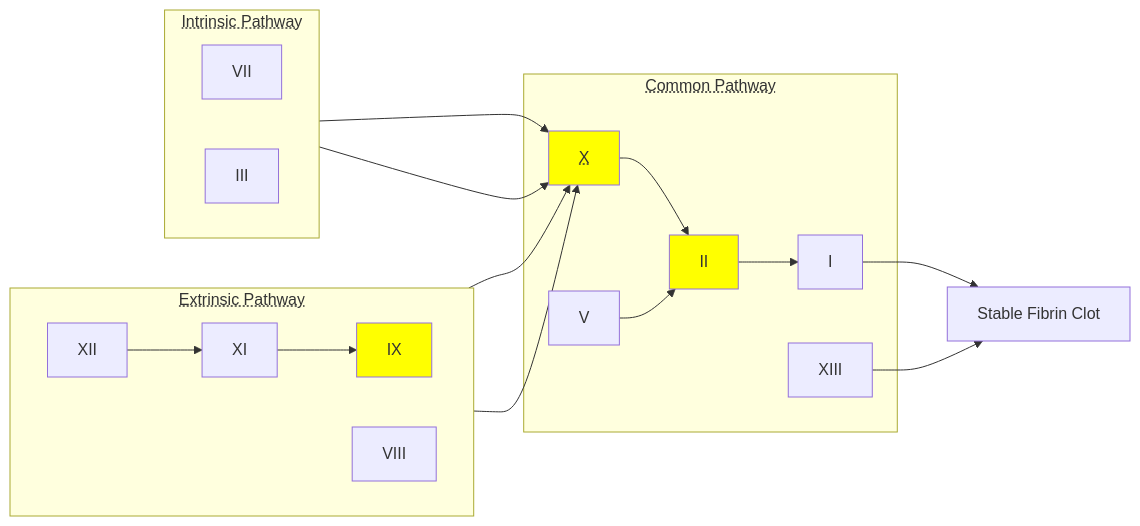
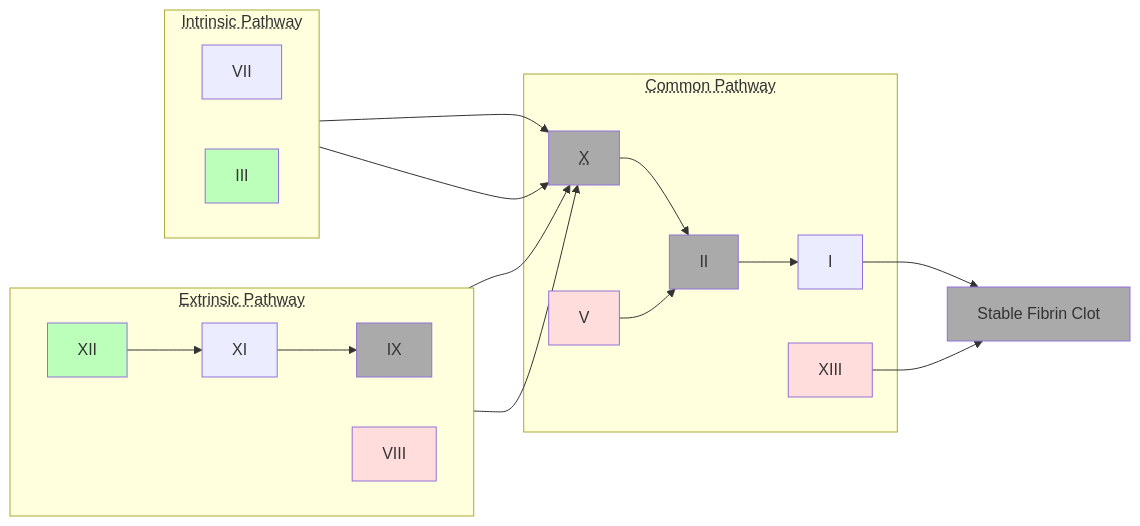
Before and after one commit to catskin0106/BiomedStuff: the diagram in Y3S2 SBMS2106 Pharmacology and Toxicology/Lecture 7.2 - (Vascular Pharmacology) Thrombosis Drugs.md, drawn with Mermaid. The commit also changed other lines of this file, not shown here.

````diff
--- a/Y3S2 SBMS2106 Pharmacology and Toxicology/Lecture 7.2 - (Vascular Pharmacology) Thrombosis Drugs.md
+++ b/Y3S2 SBMS2106 Pharmacology and Toxicology/Lecture 7.2 - (Vascular Pharmacology) Thrombosis Drugs.md
@@ -17,29 +29,30 @@
 ```mermaid
 flowchart LR
-classDef Ca fill:yellow
-classDef Thrombin fill:
+classDef Ca fill:#aaa
+classDef Thrombin fill:#fdd
+classDef Start fill:#bfb
     subgraph box1 [<abbr Title="7+3=10">Extrinsic Pathway</abbr>]
 		direction LR
-		XII-->XI
+		XII:::Start-->XI
 		XI-->IX:::Ca
 		VIII:::Thrombin
     end
     subgraph box2 [<abbr Title="12 to 8 without 10">Intrinsic Pathway</abbr>]
 	    direction RL
 	    VII
-	    III
+	    III:::Start
     end
     subgraph box3 [<abbr Title="10=5*2*1 plus 13">Common Pathway</abbr>]
 	    X["<abbr Title="Needs either 3+7 or 8+9">X</abbr>"]:::Ca-->II
 	    V:::Thrombin-->II:::Ca
 	    II-->I
 	    I
 	    XIII:::Thrombin
     end
-    I-->final["Stable Fibrin Clot"]
+    I-->final["Stable Fibrin Clot"]:::Ca
 	XIII-->final
     III-->X
     VII-->X
     VIII-->X
     IX-->X
 ```
````
